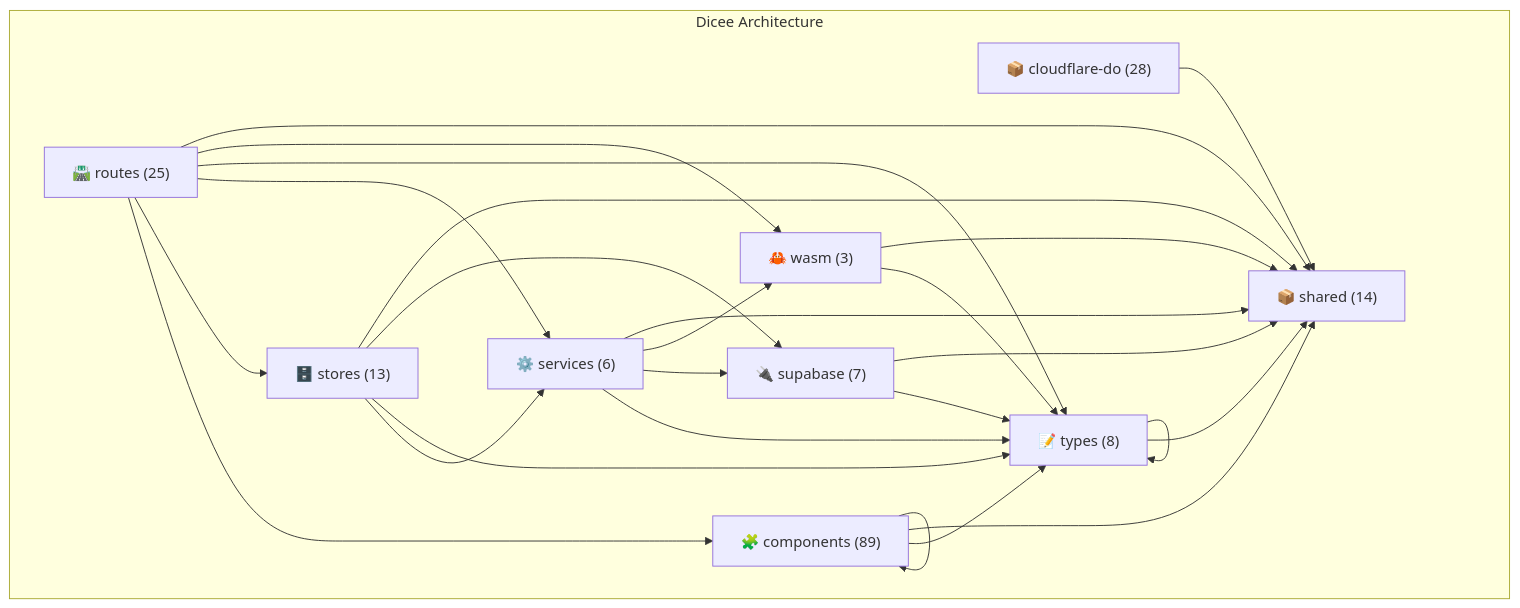
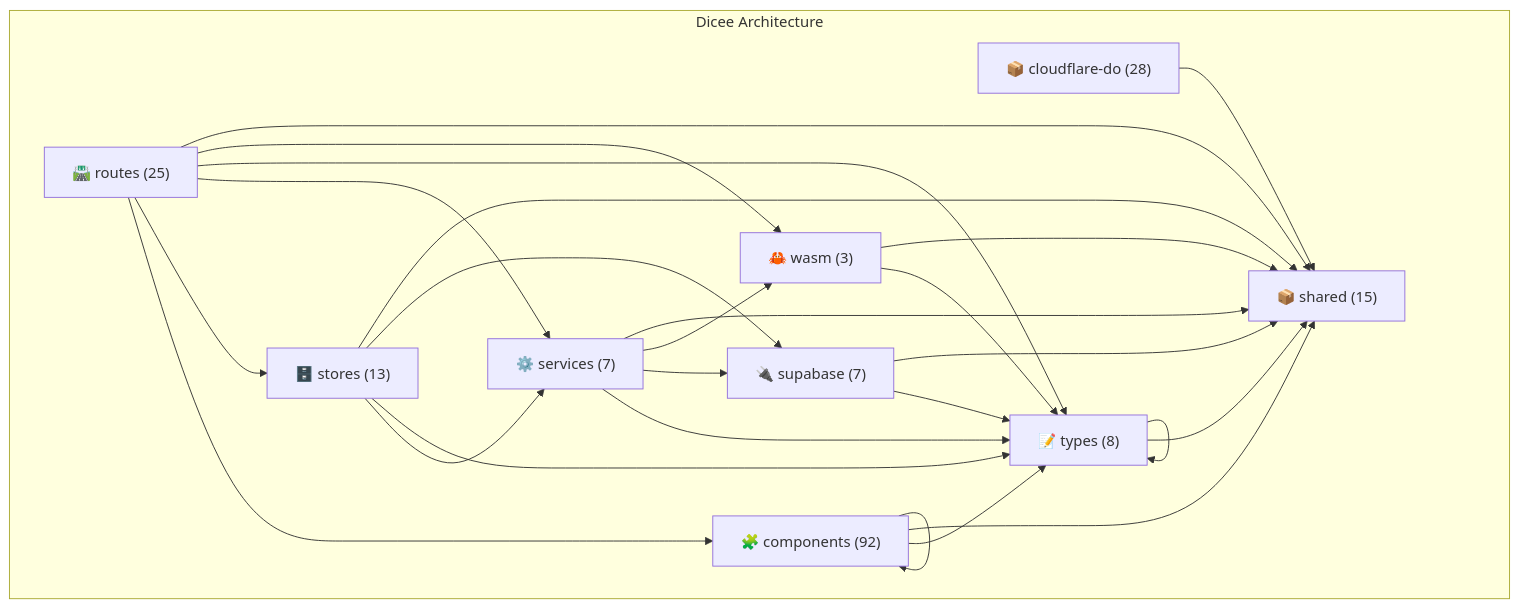
Before and after one commit to verlyn13/dicee: the diagram in docs/architecture/akg/diagrams/LAYER_ARCHITECTURE.md, drawn with Mermaid. The commit also changed other lines of this file and 9 other files, not shown here.

First line of the commit message:
chore: update state files and regenerate AKG diagrams

````diff
--- a/docs/architecture/akg/diagrams/LAYER_ARCHITECTURE.md
+++ b/docs/architecture/akg/diagrams/LAYER_ARCHITECTURE.md
@@ -16,39 +16,39 @@
 ```mermaid
 flowchart TB
     subgraph "Dicee Architecture"
-        shared["📦 shared (14)"]
+        shared["📦 shared (15)"]
         cloudflare_do["📦 cloudflare-do (28)"]
         routes["🛣️ routes (25)"]
-        components["🧩 components (89)"]
+        components["🧩 components (92)"]
         stores["🗄️ stores (13)"]
-        services["⚙️ services (6)"]
+        services["⚙️ services (7)"]
         types["📝 types (8)"]
         supabase["🔌 supabase (7)"]
         wasm["🦀 wasm (3)"]
     end
 
     cloudflare_do --> shared
     routes --> components
     routes --> stores
     routes --> services
     routes --> types
     routes --> wasm
     routes --> shared
     components --> components
     components --> types
     components --> shared
     stores --> services
     stores --> types
     stores --> supabase
     stores --> shared
     services --> types
     services --> supabase
     services --> wasm
     services --> shared
     types --> types
     types --> shared
     supabase --> types
     supabase --> shared
     wasm --> types
     wasm --> shared
 ```
````
